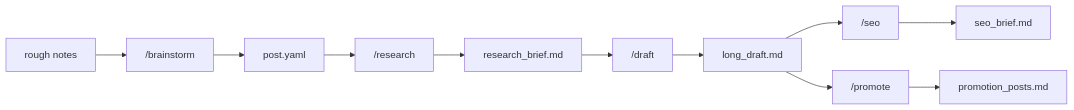
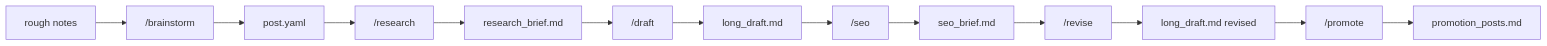
Before and after one commit to JoseParrenoGarcia/newsletter-engine: the diagram in README.md, drawn with Mermaid. The commit also changed other lines of this file and 7 other files, not shown here.

````diff
--- a/README.md
+++ b/README.md
@@ -9,13 +9,15 @@
 ```mermaid
 graph LR
     A[rough notes] --> B["/brainstorm"]
     B --> C[post.yaml]
     C --> D["/research"]
     D --> E[research_brief.md]
     E --> F["/draft"]
     F --> G[long_draft.md]
     G --> H["/seo"]
-    G --> I["/promote"]
     H --> J[seo_brief.md]
+    J --> L["/revise"]
+    L --> M[long_draft.md revised]
+    M --> I["/promote"]
     I --> K[promotion_posts.md]
 ```
````
